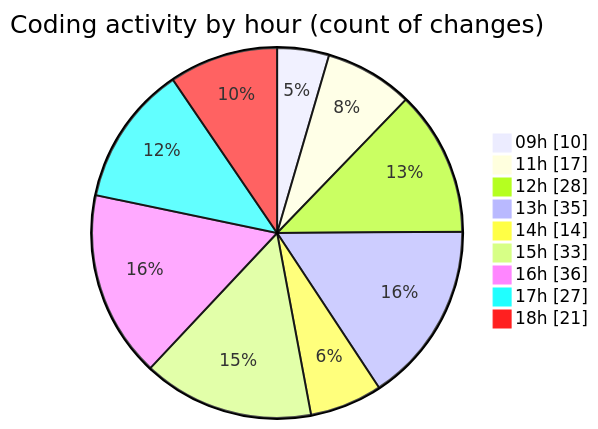
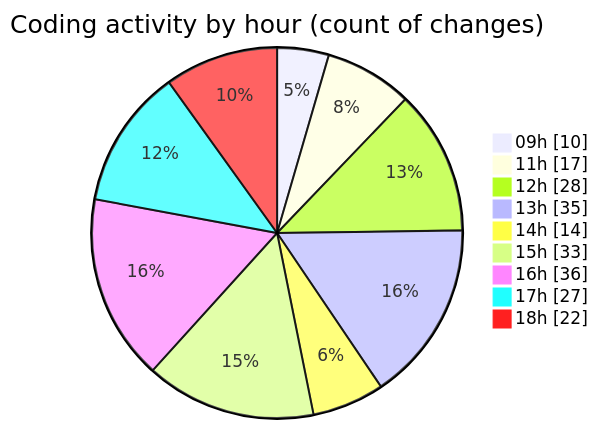
The second of 2 diagrams in 2026-05-07/cda/README.md (momahboobian/code-tracking), drawn with Mermaid before and after one commit. The commit also changed other lines of this file and 1 other file, not shown here.

````diff
--- a/2026-05-07/cda/README.md
+++ b/2026-05-07/cda/README.md
@@ -58,13 +58,13 @@
 ```mermaid
 pie showData
 title Coding activity by hour (count of changes)
 "09h" : 10
 "11h" : 17
 "12h" : 28
 "13h" : 35
 "14h" : 14
 "15h" : 33
 "16h" : 36
 "17h" : 27
-"18h" : 21
+"18h" : 22
 ```
````
